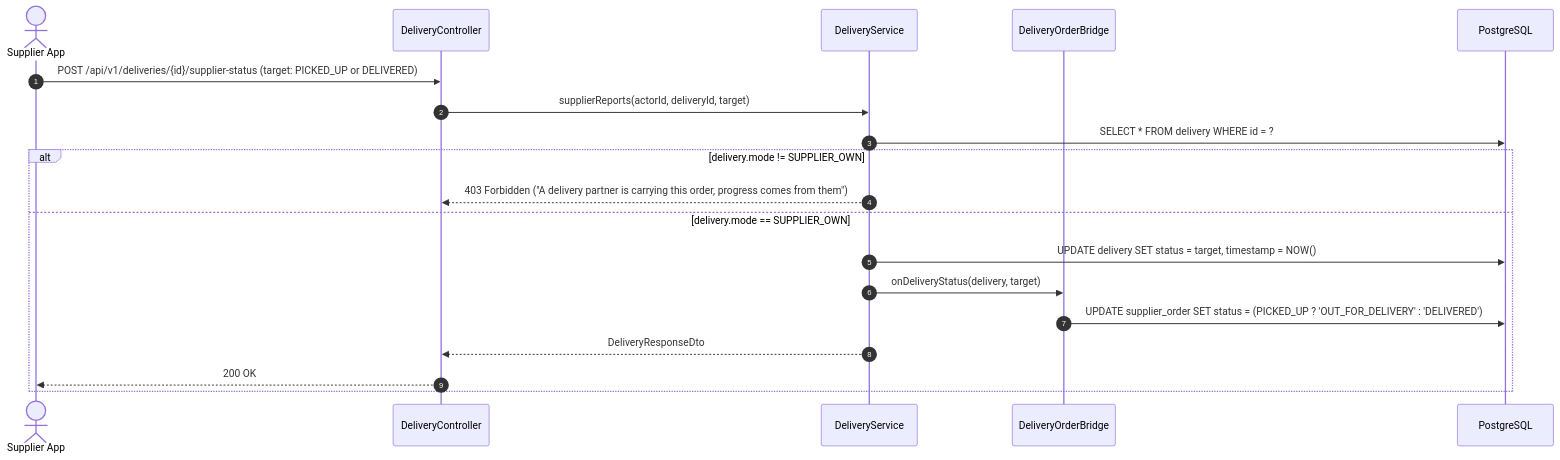
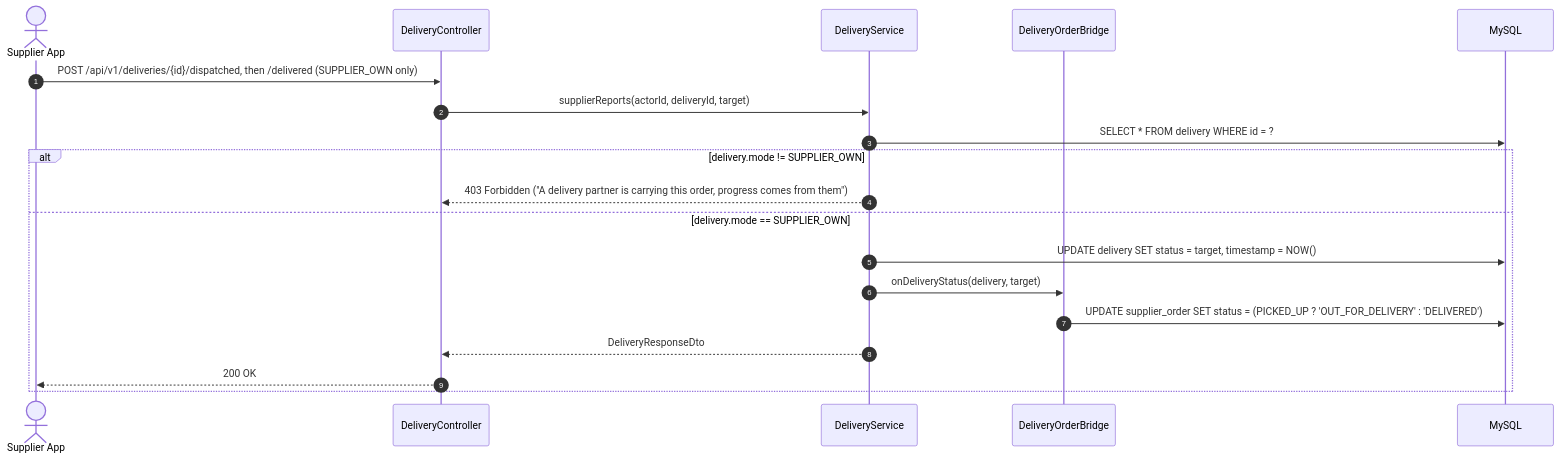
Before and after one commit to narasimha-reddy/costonomy-mp-api: the sixth of 10 diagrams in docs/architecture/sequence-diagrams/02-delivery-and-logistics.md, drawn with Mermaid. The commit also changed other lines of this file and 19 other files, not shown here.

First line of the commit message:
docs(delivery): current state, diagrams, decisions D-204 to D-207, changelog and traceability

````diff
--- a/docs/architecture/sequence-diagrams/02-delivery-and-logistics.md
+++ b/docs/architecture/sequence-diagrams/02-delivery-and-logistics.md
@@ -214,22 +216,22 @@
 ```mermaid
 sequenceDiagram
     autonumber
     actor Supplier as Supplier App
     participant DC as DeliveryController
     participant DS as DeliveryService
     participant DOB as DeliveryOrderBridge
-    participant DB as PostgreSQL
+    participant DB as MySQL
 
-    Supplier->>DC: POST /api/v1/deliveries/{id}/supplier-status (target: PICKED_UP or DELIVERED)
+    Supplier->>DC: POST /api/v1/deliveries/{id}/dispatched, then /delivered (SUPPLIER_OWN only)
     DC->>DS: supplierReports(actorId, deliveryId, target)
     DS->>DB: SELECT * FROM delivery WHERE id = ?
     alt delivery.mode != SUPPLIER_OWN
         DS-->>DC: 403 Forbidden ("A delivery partner is carrying this order, progress comes from them")
     else delivery.mode == SUPPLIER_OWN
         DS->>DB: UPDATE delivery SET status = target, timestamp = NOW()
         DS->>DOB: onDeliveryStatus(delivery, target)
         DOB->>DB: UPDATE supplier_order SET status = (PICKED_UP ? 'OUT_FOR_DELIVERY' : 'DELIVERED')
         DS-->>DC: DeliveryResponseDto
         DC-->>Supplier: 200 OK
     end
 ```
````
